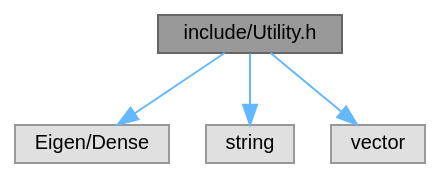
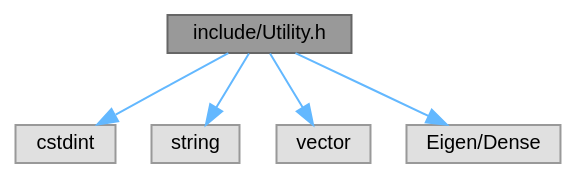
One commit to Nalin-Angrish/FlexNN changed the diagram in Utility_8h__incl.dot. Above: the diagram before and after it, drawn with Graphviz. The commit also changed 201 other files, not shown here.

```diff
--- a/Utility_8h__incl.dot
+++ b/Utility_8h__incl.dot
@@ -1,14 +1,16 @@
 digraph "include/Utility.h"
 {
  // LATEX_PDF_SIZE
   bgcolor="transparent";
   edge [fontname=Helvetica,fontsize=10,labelfontname=Helvetica,labelfontsize=10];
   node [fontname=Helvetica,fontsize=10,shape=box,height=0.2,width=0.4];
-  Node1 [id="Node000001",label="include/Utility.h",height=0.2,width=0.4,color="gray40", fillcolor="grey60", style="filled", fontcolor="black",tooltip="Utility functions for FlexNN neural network library."];
+  Node1 [id="Node000001",label="include/Utility.h",height=0.2,width=0.4,color="gray40", fillcolor="grey60", style="filled", fontcolor="black",tooltip="Utility functions for FlexNN — CSV, one-hot, and deterministic splits."];
   Node1 -> Node2 [id="edge1_Node000001_Node000002",color="steelblue1",style="solid",tooltip=" "];
-  Node2 [id="Node000002",label="Eigen/Dense",height=0.2,width=0.4,color="grey60", fillcolor="#E0E0E0", style="filled",tooltip=" "];
+  Node2 [id="Node000002",label="cstdint",height=0.2,width=0.4,color="grey60", fillcolor="#E0E0E0", style="filled",tooltip=" "];
   Node1 -> Node3 [id="edge2_Node000001_Node000003",color="steelblue1",style="solid",tooltip=" "];
   Node3 [id="Node000003",label="string",height=0.2,width=0.4,color="grey60", fillcolor="#E0E0E0", style="filled",tooltip=" "];
   Node1 -> Node4 [id="edge3_Node000001_Node000004",color="steelblue1",style="solid",tooltip=" "];
   Node4 [id="Node000004",label="vector",height=0.2,width=0.4,color="grey60", fillcolor="#E0E0E0", style="filled",tooltip=" "];
+  Node1 -> Node5 [id="edge4_Node000001_Node000005",color="steelblue1",style="solid",tooltip=" "];
+  Node5 [id="Node000005",label="Eigen/Dense",height=0.2,width=0.4,color="grey60", fillcolor="#E0E0E0", style="filled",tooltip=" "];
 }
```
